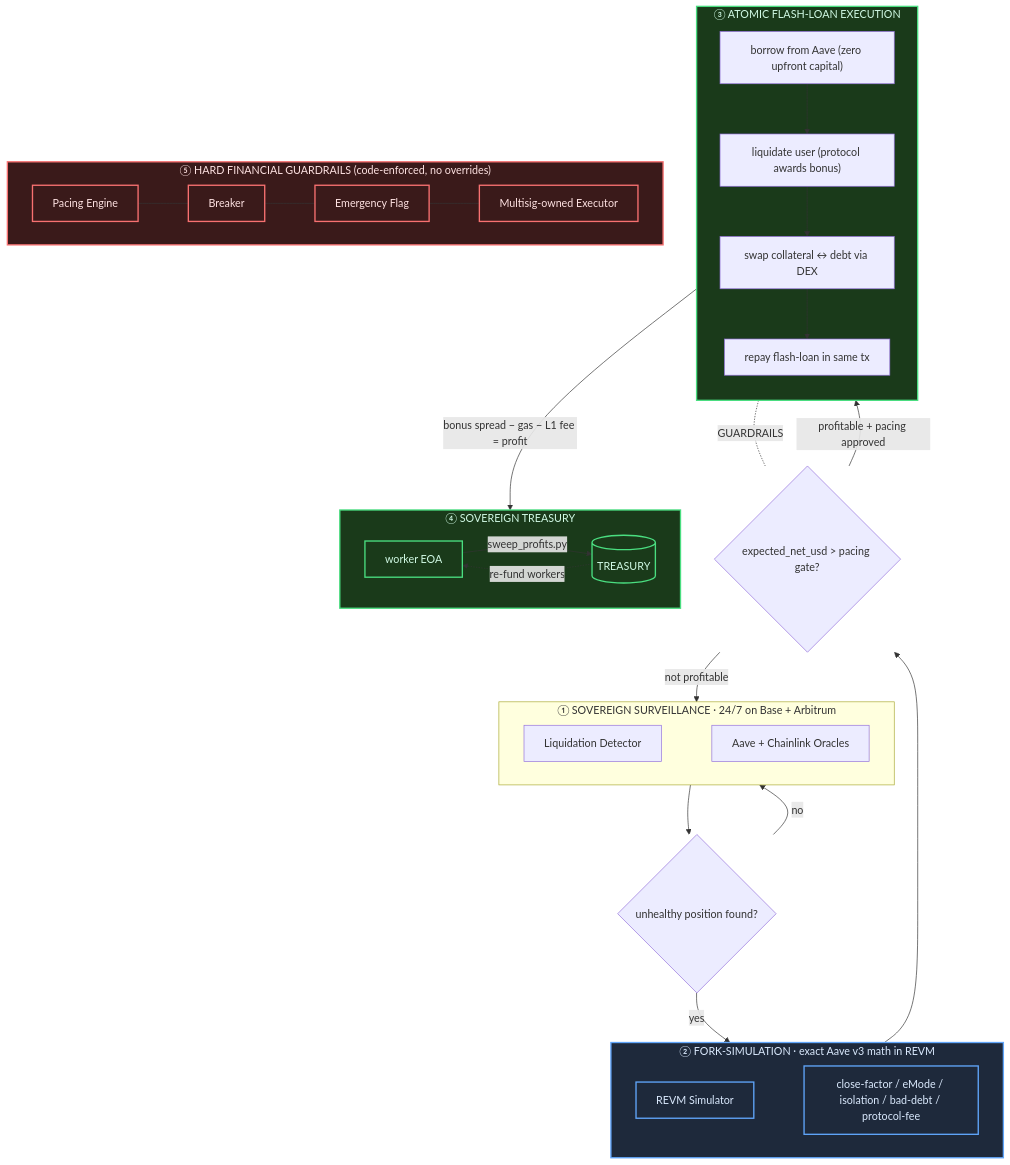
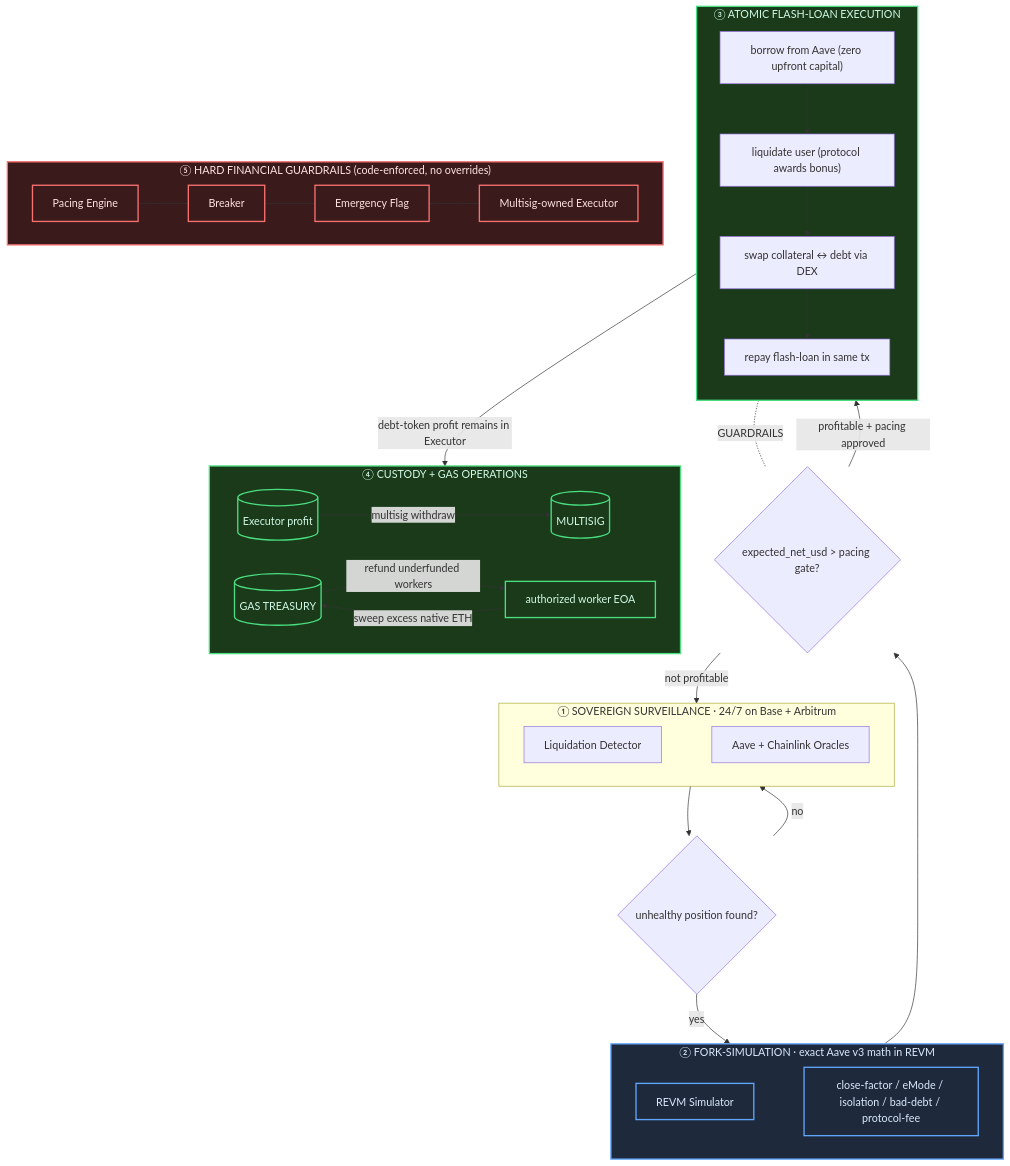
Before and after one commit to clduab11/project-chimera: the second of 2 diagrams in README.md, drawn with Mermaid. The commit also changed other lines of this file and 52 other files, not shown here.

````diff
--- a/README.md
+++ b/README.md
@@ -79,46 +80,47 @@
 ```mermaid
 flowchart TB
     subgraph SCAN["① SOVEREIGN SURVEILLANCE  ·  24/7 on Base + Arbitrum"]
         direction LR
         D[Liquidation Detector] ~~~ O[Aave + Chainlink Oracles]
     end
     SCAN --> CANDIDATE{unhealthy position found?}
 
     subgraph SIM["② FORK-SIMULATION  ·  exact Aave v3 math in REVM"]
         direction LR
         S[REVM Simulator] ~~~ CB[close-factor / eMode / isolation / bad-debt / protocol-fee]
     end
     CANDIDATE -->|yes| SIM
     CANDIDATE -->|no| SCAN
 
     SIM --> PROFIT{expected_net_usd > pacing gate?}
 
     subgraph FIRE["③ ATOMIC FLASH-LOAN EXECUTION"]
         direction TB
         FL["borrow from Aave (zero upfront capital)"] --> LIQ["liquidate user (protocol awards bonus)"]
         LIQ --> SWAP["swap collateral ↔ debt via DEX"]
         SWAP --> REPAY["repay flash-loan in same tx"]
     end
     PROFIT -->|profitable + pacing approved| FIRE
     PROFIT -->|not profitable| SCAN
 
-    subgraph KEEP["④ SOVEREIGN TREASURY"]
+    subgraph KEEP["④ CUSTODY + GAS OPERATIONS"]
         direction LR
-        EOA[worker EOA] -->|sweep_profits.py| T[(TREASURY)]
-        T -.->|re-fund workers| EOA
+        EX[(Executor profit)] -->|multisig withdraw| MSIG[(MULTISIG)]
+        T[(GAS TREASURY)] -->|refund underfunded workers| EOA[authorized worker EOA]
+        EOA -->|sweep excess native ETH| T
     end
-    FIRE -->|bonus spread − gas − L1 fee = profit| KEEP
+    FIRE -->|debt-token profit remains in Executor| KEEP
 
     subgraph GUARDRAILS["⑤ HARD FINANCIAL GUARDRAILS  (code-enforced, no overrides)"]
         direction LR
         PE[Pacing Engine] --- BK[Breaker] --- EF[Emergency Flag] --- MS[Multisig-owned Executor]
     end
     FIRE -.GUARDRAILS.- PROFIT
 
     classDef money fill:#1a3a1a,stroke:#4ade80,stroke-width:2px,color:#d1fae5
     classDef guard fill:#3a1a1a,stroke:#f87171,stroke-width:2px,color:#fee2e2
     classDef brain fill:#1e293b,stroke:#60a5fa,stroke-width:2px,color:#dbeafe
-    class FIRE,KEEP,EOA,T money
+    class FIRE,KEEP,EOA,T,EX,MSIG money
     class GUARDRAILS,PE,BK,EF,MS guard
     class SIM,S,CB brain
 ```
````
